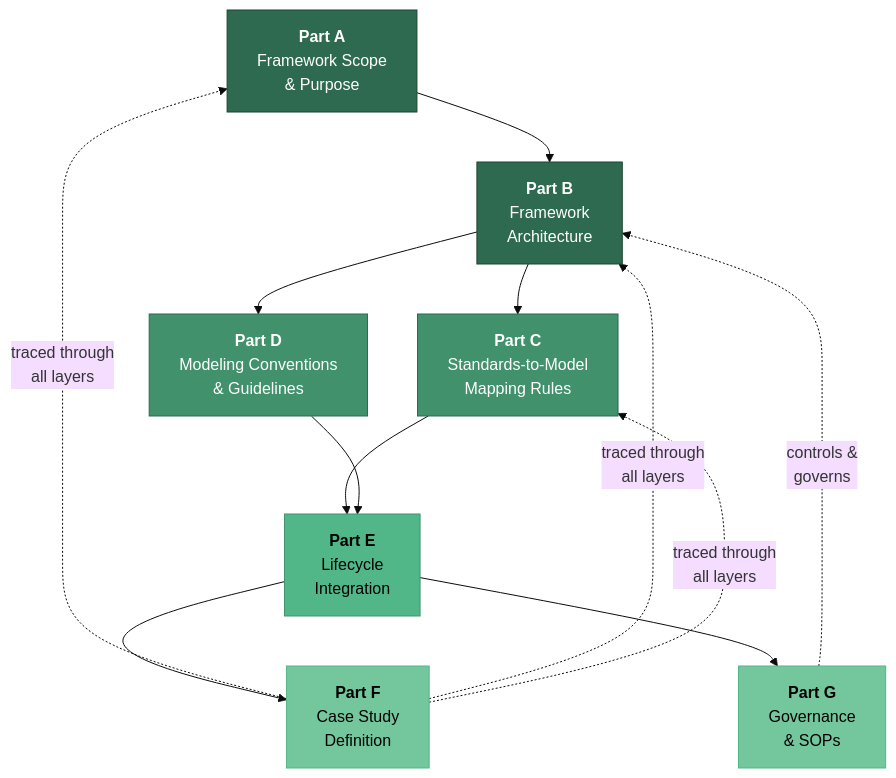
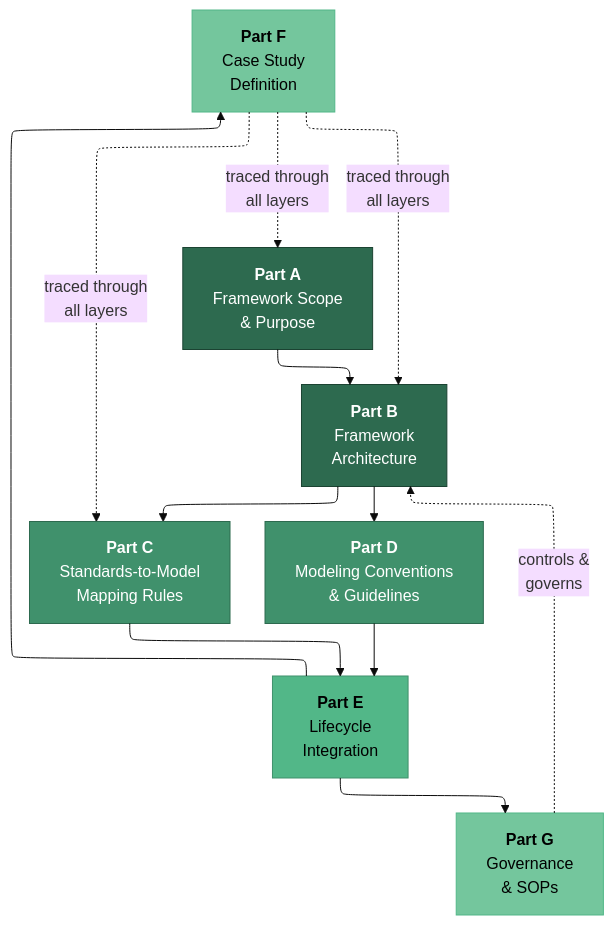
Before and after one commit to llaallii/cuddly-barnacle: the first of 12 diagrams in 00 master outline mbse framework.md, drawn with Mermaid (base theme). The commit also changed other lines of this file, not shown here.

First line of the commit message:
Refactor mermaid diagrams for clarity and layout

````diff
--- a/00 master outline mbse framework.md
+++ b/00 master outline mbse framework.md
@@ -15,22 +15,26 @@
 ```mermaid
+---
+config:
+  layout: elk
+---
 graph TD
     A["<b>Part A</b><br/>Framework Scope<br/>& Purpose"] --> B["<b>Part B</b><br/>Framework<br/>Architecture"]
     B --> C["<b>Part C</b><br/>Standards-to-Model<br/>Mapping Rules"]
     B --> D["<b>Part D</b><br/>Modeling Conventions<br/>& Guidelines"]
     C --> E["<b>Part E</b><br/>Lifecycle<br/>Integration"]
     D --> E
     E --> F["<b>Part F</b><br/>Case Study<br/>Definition"]
     E --> G["<b>Part G</b><br/>Governance<br/>& SOPs"]
     F -.->|"traced through<br/>all layers"| A
     F -.->|"traced through<br/>all layers"| B
     F -.->|"traced through<br/>all layers"| C
     G -.->|"controls &<br/>governs"| B
 
     style A fill:#2d6a4f,stroke:#1b4332,color:#fff
     style B fill:#2d6a4f,stroke:#1b4332,color:#fff
     style C fill:#40916c,stroke:#2d6a4f,color:#fff
     style D fill:#40916c,stroke:#2d6a4f,color:#fff
     style E fill:#52b788,stroke:#40916c,color:#000
     style F fill:#74c69d,stroke:#52b788,color:#000
     style G fill:#74c69d,stroke:#52b788,color:#000
 ```
````
